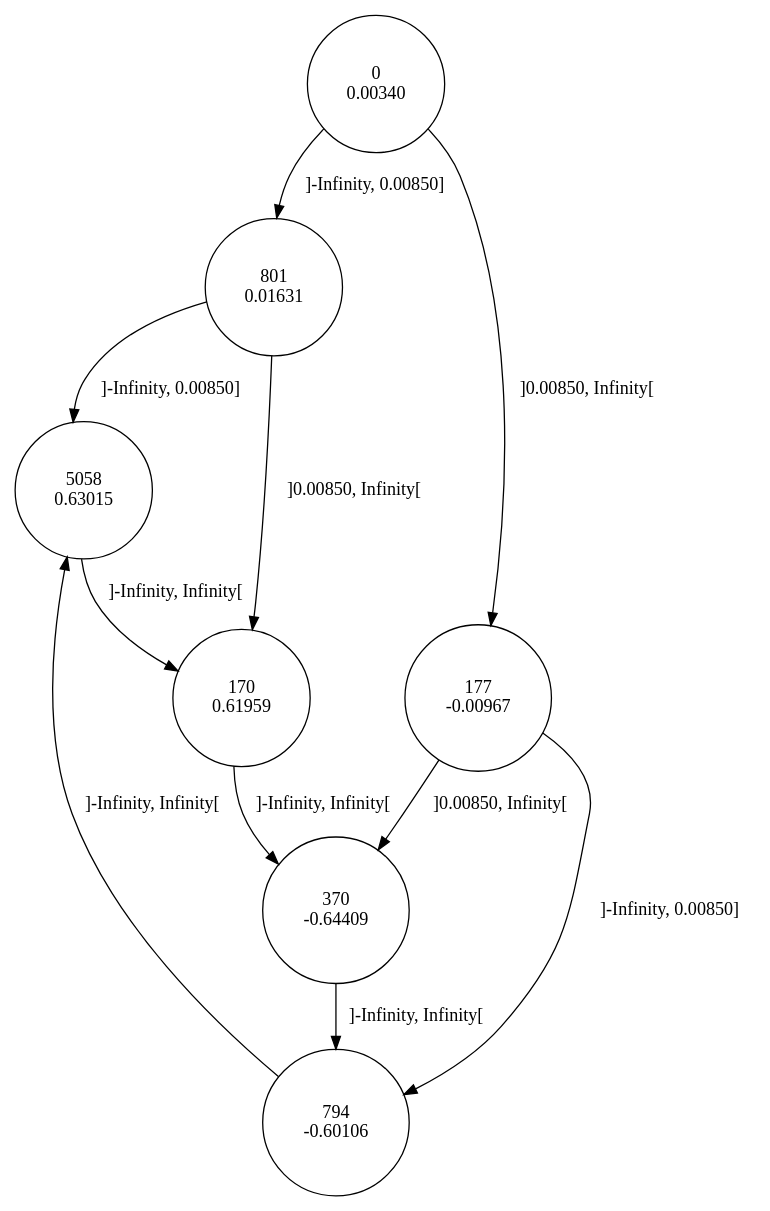
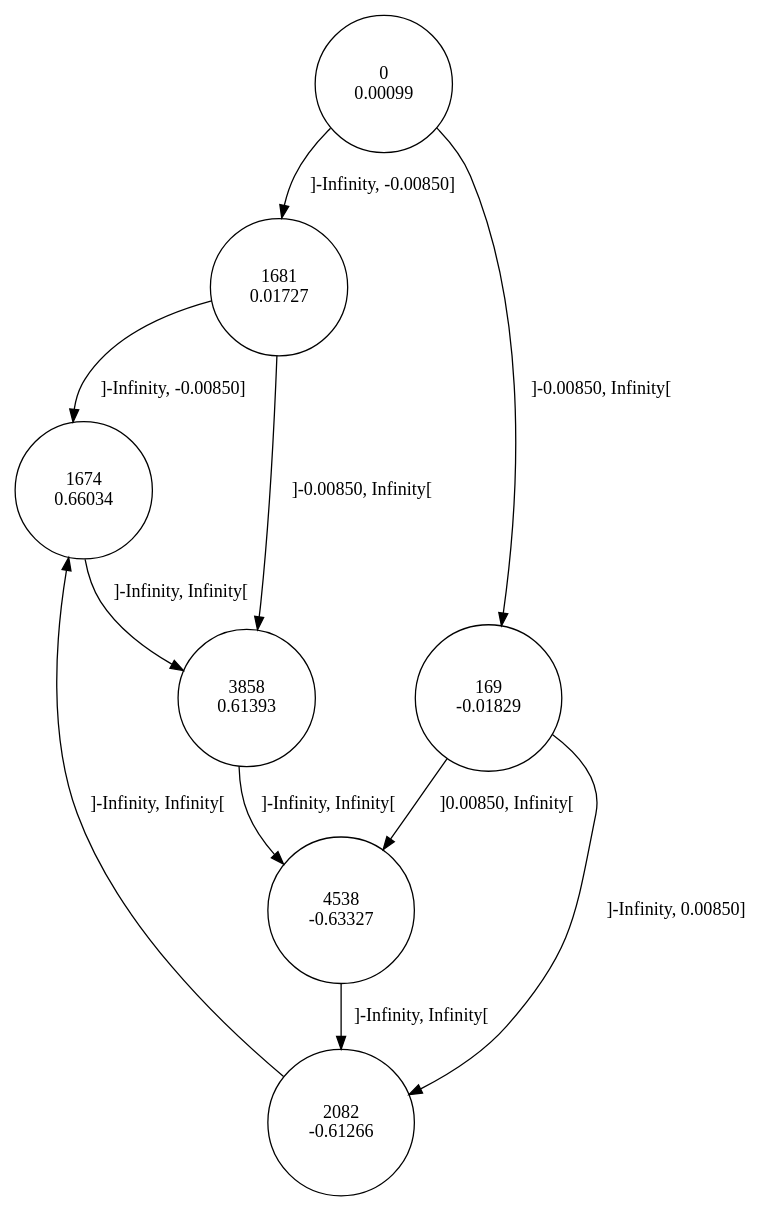
Before and after one commit to gllpellegrino/RAI_experiments: the diagram in sinus/data/1/rai.dot, drawn with Graphviz. The commit also changed 98 other files, not shown here.

```diff
--- a/sinus/data/1/rai.dot
+++ b/sinus/data/1/rai.dot
@@ -1,19 +1,19 @@
 digraph DFA {
-0 [shape=circle, label="0\n0.00340"];
-	0 -> 801 [label="]-Infinity, 0.00850]"];
-	0 -> 177 [label="]0.00850, Infinity["];
-177 [shape=circle, label="177\n-0.00967"];
-	177 -> 794 [label="]-Infinity, 0.00850]"];
-	177 -> 370 [label="]0.00850, Infinity["];
-370 [shape=circle, label="370\n-0.64409"];
-	370 -> 794 [label="]-Infinity, Infinity["];
-794 [shape=circle, label="794\n-0.60106"];
-	794 -> 5058 [label="]-Infinity, Infinity["];
-5058 [shape=circle, label="5058\n0.63015"];
-	5058 -> 170 [label="]-Infinity, Infinity["];
-170 [shape=circle, label="170\n0.61959"];
-	170 -> 370 [label="]-Infinity, Infinity["];
-801 [shape=circle, label="801\n0.01631"];
-	801 -> 5058 [label="]-Infinity, 0.00850]"];
-	801 -> 170 [label="]0.00850, Infinity["];
+0 [shape=circle, label="0\n0.00099"];
+	0 -> 1681 [label="]-Infinity, -0.00850]"];
+	0 -> 169 [label="]-0.00850, Infinity["];
+169 [shape=circle, label="169\n-0.01829"];
+	169 -> 2082 [label="]-Infinity, 0.00850]"];
+	169 -> 4538 [label="]0.00850, Infinity["];
+4538 [shape=circle, label="4538\n-0.63327"];
+	4538 -> 2082 [label="]-Infinity, Infinity["];
+2082 [shape=circle, label="2082\n-0.61266"];
+	2082 -> 1674 [label="]-Infinity, Infinity["];
+1674 [shape=circle, label="1674\n0.66034"];
+	1674 -> 3858 [label="]-Infinity, Infinity["];
+3858 [shape=circle, label="3858\n0.61393"];
+	3858 -> 4538 [label="]-Infinity, Infinity["];
+1681 [shape=circle, label="1681\n0.01727"];
+	1681 -> 1674 [label="]-Infinity, -0.00850]"];
+	1681 -> 3858 [label="]-0.00850, Infinity["];
 }
```
